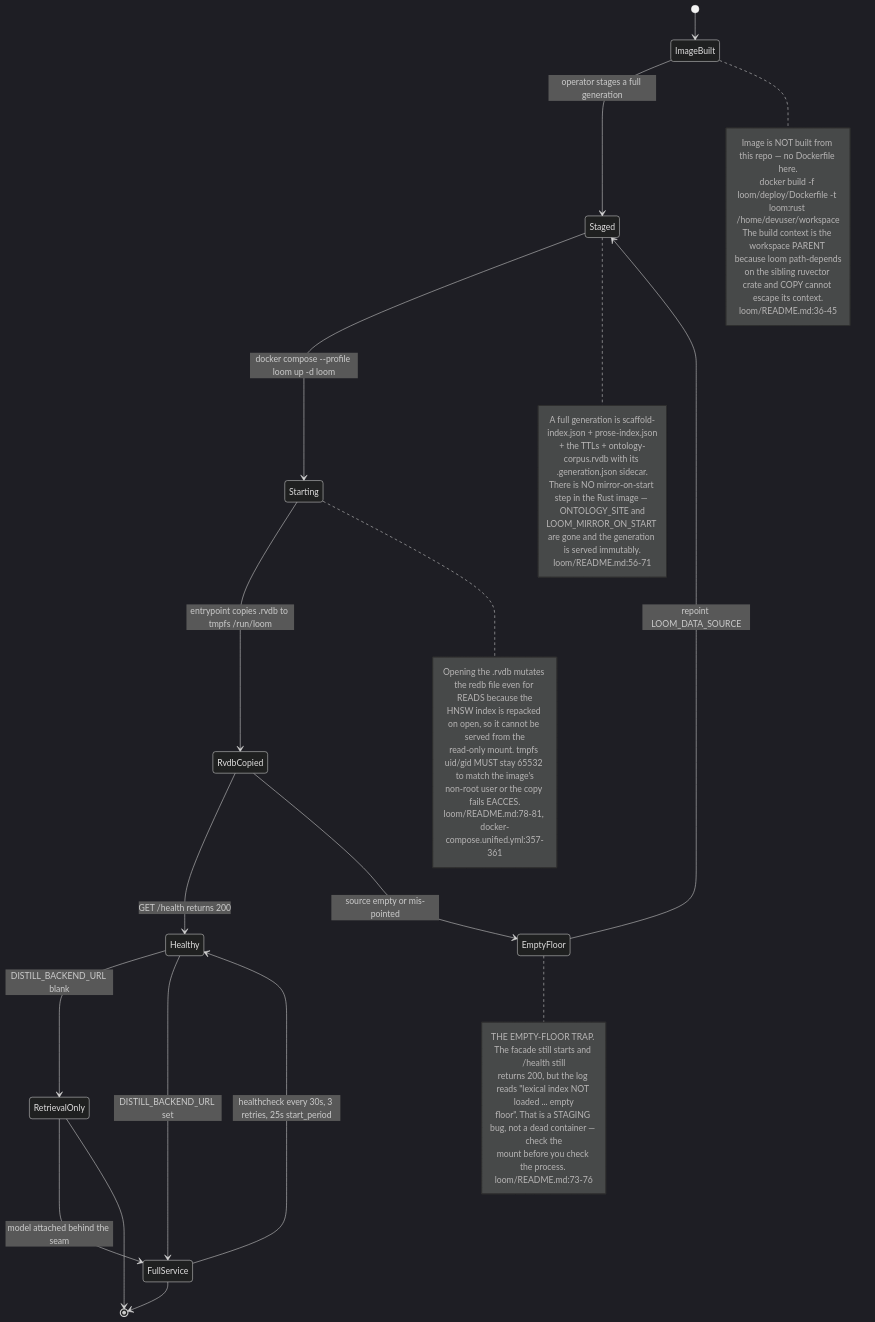
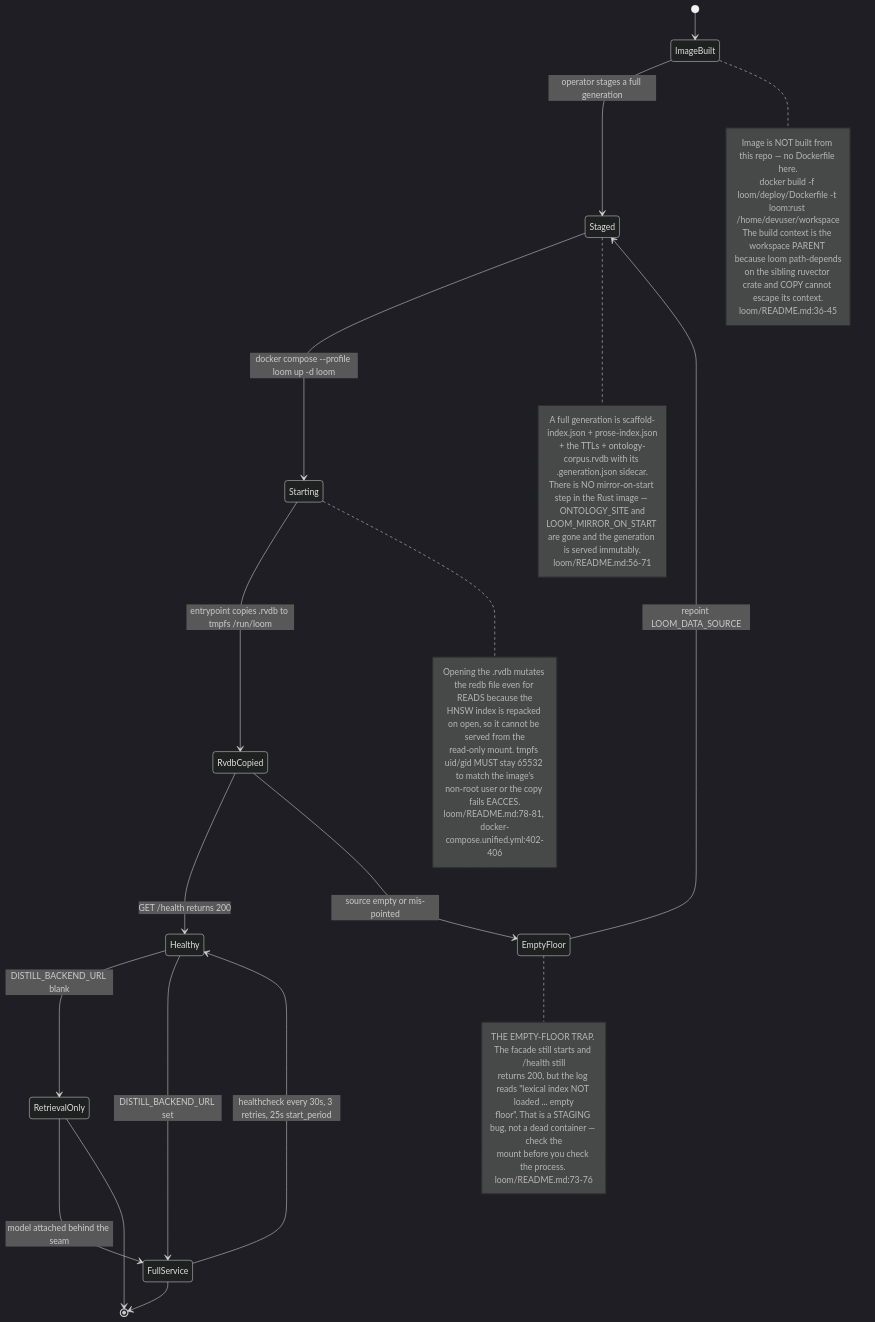
The seventh of 14 diagrams in docs/diagrams/agentbox/24-loom-facade.md (DreamLab-AI/VisionFlow), drawn with Mermaid (dark theme) before and after one commit. The commit also changed other lines of this file and 160 other files, not shown here.

````diff
--- a/docs/diagrams/agentbox/24-loom-facade.md
+++ b/docs/diagrams/agentbox/24-loom-facade.md
@@ -269,43 +288,43 @@
 ```mermaid
 stateDiagram-v2
     [*] --> ImageBuilt
     ImageBuilt --> Staged : operator stages a full generation
     note right of ImageBuilt
         Image is NOT built from this repo — no Dockerfile here.
         docker build -f loom/deploy/Dockerfile -t loom:rust /home/devuser/workspace
         The build context is the workspace PARENT because loom path-depends
         on the sibling ruvector crate and COPY cannot escape its context.
         loom/README.md:36-45
     end note
     Staged --> Starting : docker compose --profile loom up -d loom
     note right of Staged
         A full generation is scaffold-index.json + prose-index.json
         + the TTLs + ontology-corpus.rvdb with its .generation.json sidecar.
         There is NO mirror-on-start step in the Rust image — ONTOLOGY_SITE and
         LOOM_MIRROR_ON_START are gone and the generation is served immutably.
         loom/README.md:56-71
     end note
     Starting --> RvdbCopied : entrypoint copies .rvdb to tmpfs /run/loom
     note right of Starting
         Opening the .rvdb mutates the redb file even for READS because the
         HNSW index is repacked on open, so it cannot be served from the
         read-only mount. tmpfs uid/gid MUST stay 65532 to match the image's
         non-root user or the copy fails EACCES.
-        loom/README.md:78-81, docker-compose.unified.yml:357-361
+        loom/README.md:78-81, docker-compose.unified.yml:402-406
     end note
     RvdbCopied --> Healthy : GET /health returns 200
     RvdbCopied --> EmptyFloor : source empty or mis-pointed
     note right of EmptyFloor
         THE EMPTY-FLOOR TRAP. The facade still starts and /health still
         returns 200, but the log reads "lexical index NOT loaded ... empty
         floor". That is a STAGING bug, not a dead container — check the
         mount before you check the process. loom/README.md:73-76
     end note
     EmptyFloor --> Staged : repoint LOOM_DATA_SOURCE
     Healthy --> RetrievalOnly : DISTILL_BACKEND_URL blank
     Healthy --> FullService : DISTILL_BACKEND_URL set
     RetrievalOnly --> FullService : model attached behind the seam
     FullService --> Healthy : healthcheck every 30s, 3 retries, 25s start_period
     RetrievalOnly --> [*]
     FullService --> [*]
 ```
````
